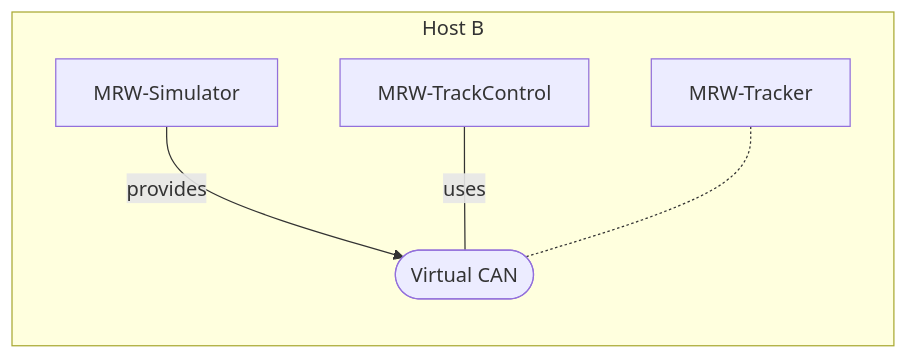
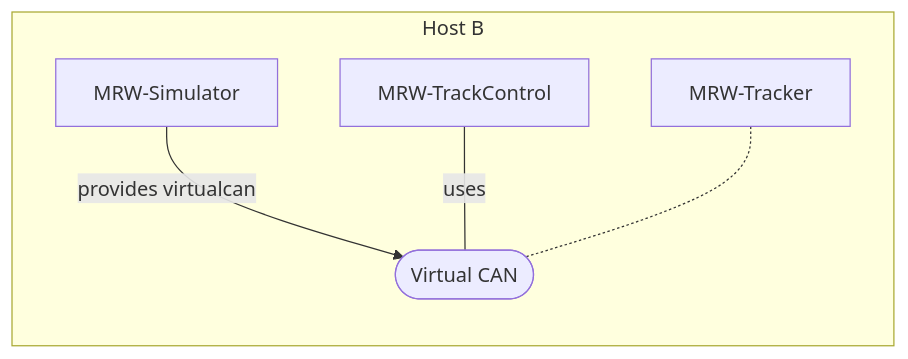
Before and after one commit to stmork/mrw-track-control-ng: the third of 3 diagrams in track-control/README.md, drawn with Mermaid. The commit also changed other lines of this file, not shown here.

````diff
--- a/track-control/README.md
+++ b/track-control/README.md
@@ -105,9 +108,9 @@
 ```mermaid
 flowchart LR
 	subgraph Host B
 		vcan([Virtual CAN])
-		MRW-Simulator -->|provides| vcan
+		MRW-Simulator -->|provides virtualcan| vcan
 		MRW-TrackControl -- uses --- vcan
 		MRW-Tracker .- vcan
 	end
 ```
````
